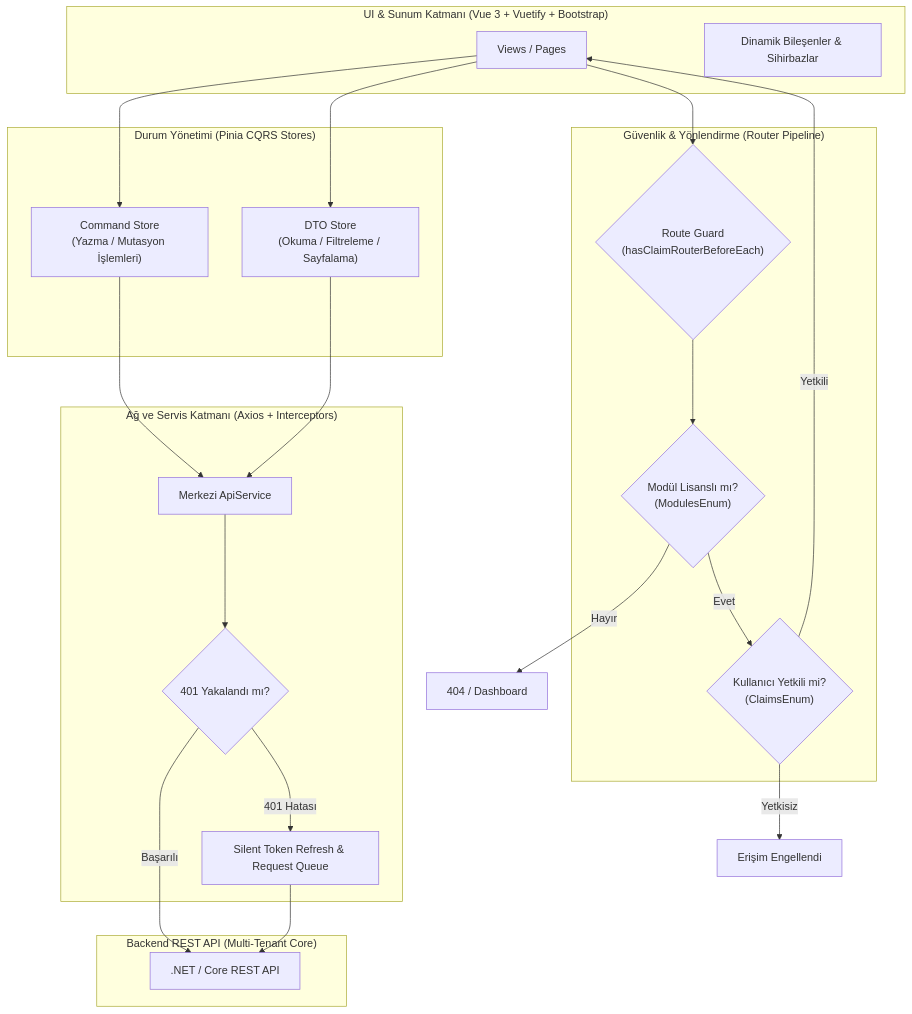
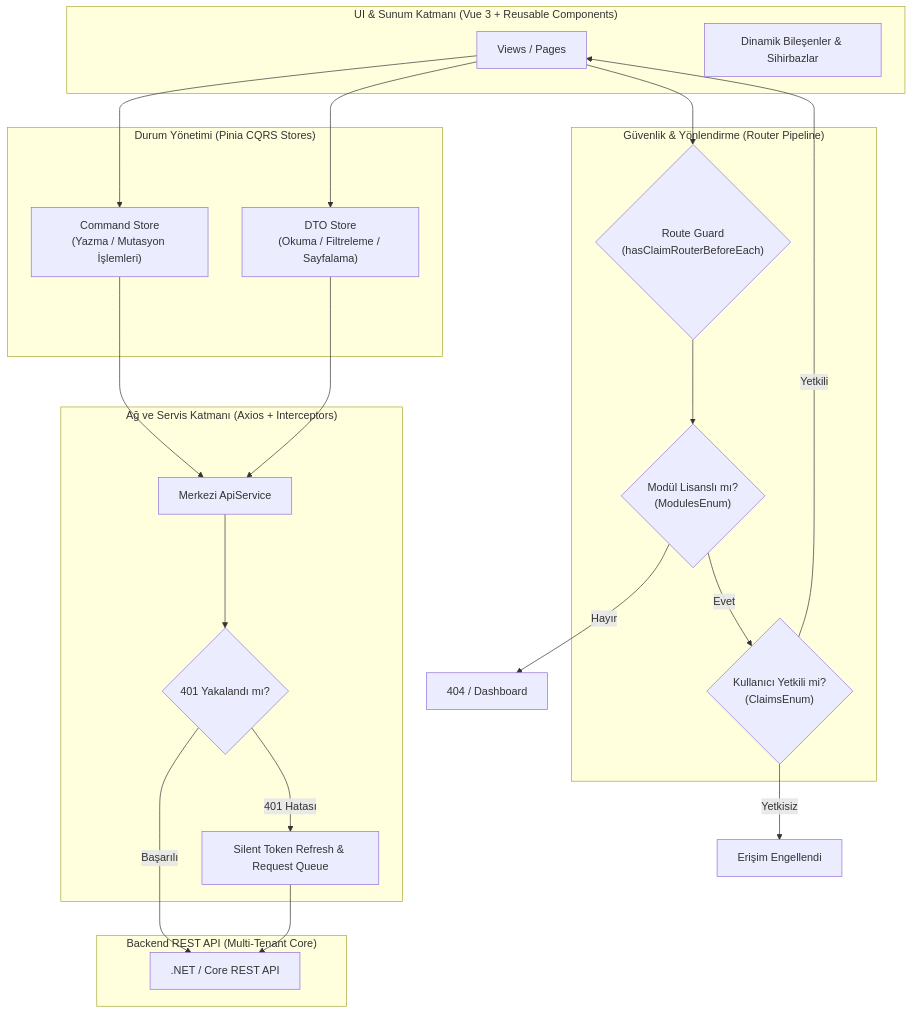
Before and after one commit to devmutluhan/audit_management_ui: the diagram in README.md, drawn with Mermaid. The commit also changed other lines of this file, not shown here.

First line of the commit message:
Enhance README with reusable components section

````diff
--- a/README.md
+++ b/README.md
@@ -99,46 +101,46 @@
 ```mermaid
 flowchart TD
-    subgraph UI_Layer["UI & Sunum Katmanı (Vue 3 + Vuetify + Bootstrap)"]
+    subgraph UI_Layer["UI & Sunum Katmanı (Vue 3 + Reusable Components)"]
         View["Views / Pages"]
         Components["Dinamik Bileşenler & Sihirbazlar"]
     end
 
     subgraph Guard_Layer["Güvenlik & Yönlendirme (Router Pipeline)"]
         RouterGuard{"Route Guard\n(hasClaimRouterBeforeEach)"}
         ModuleCheck{"Modül Lisanslı mı?\n(ModulesEnum)"}
         ClaimCheck{"Kullanıcı Yetkili mi?\n(ClaimsEnum)"}
     end
 
     subgraph State_Layer["Durum Yönetimi (Pinia CQRS Stores)"]
         CommandStore["Command Store\n(Yazma / Mutasyon İşlemleri)"]
         DtoStore["DTO Store\n(Okuma / Filtreleme / Sayfalama)"]
     end
 
     subgraph Service_Layer["Ağ ve Servis Katmanı (Axios + Interceptors)"]
         ApiService["Merkezi ApiService"]
         TokenInterceptor{"401 Yakalandı mı?"}
         RefreshQueue["Silent Token Refresh & Request Queue"]
     end
 
     subgraph Backend_Layer["Backend REST API (Multi-Tenant Core)"]
         API[".NET / Core REST API"]
     end
 
     View --> RouterGuard
     RouterGuard --> ModuleCheck
     ModuleCheck -- Evet --> ClaimCheck
     ModuleCheck -- Hayır --> Redirect404["404 / Dashboard"]
     ClaimCheck -- Yetkili --> View
     ClaimCheck -- Yetkisiz --> Dashboard["Erişim Engellendi"]
 
     View --> CommandStore
     View --> DtoStore
 
     CommandStore --> ApiService
     DtoStore --> ApiService
 
     ApiService --> TokenInterceptor
     TokenInterceptor -- Başarılı --> API
     TokenInterceptor -- 401 Hatası --> RefreshQueue
     RefreshQueue --> API
 ```
````
